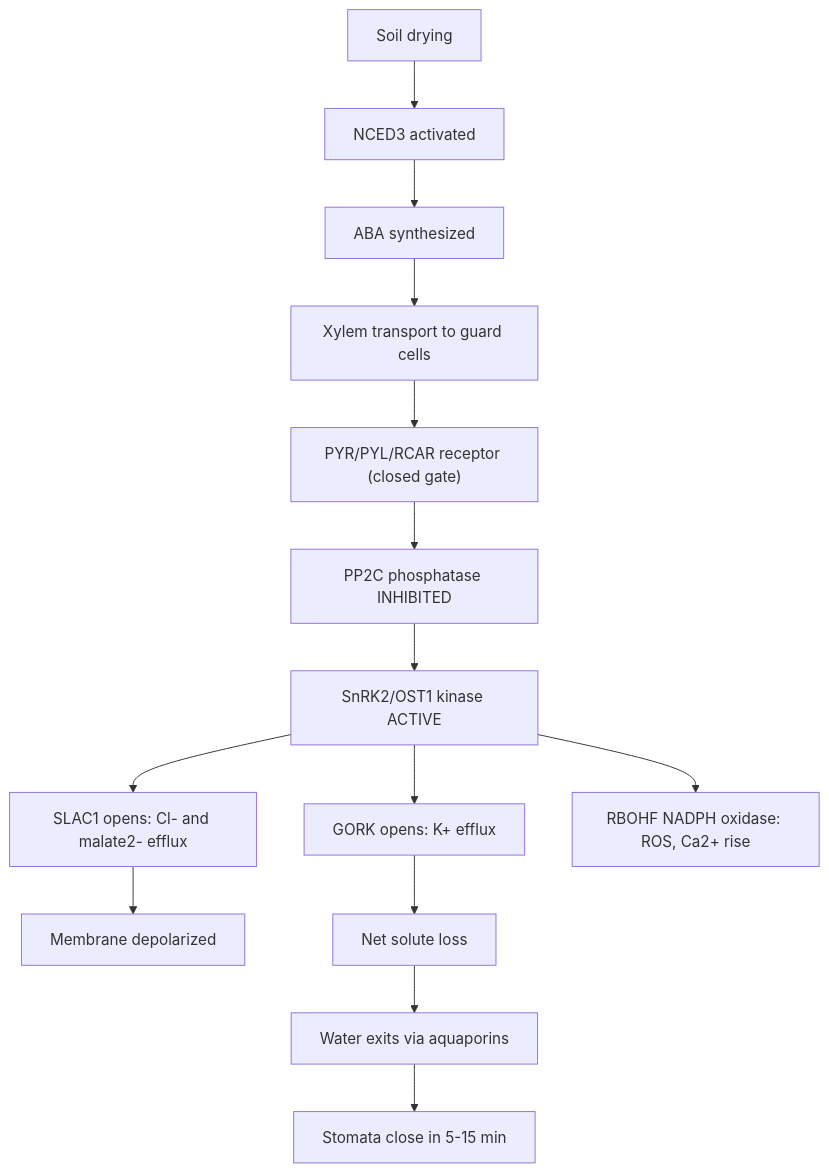
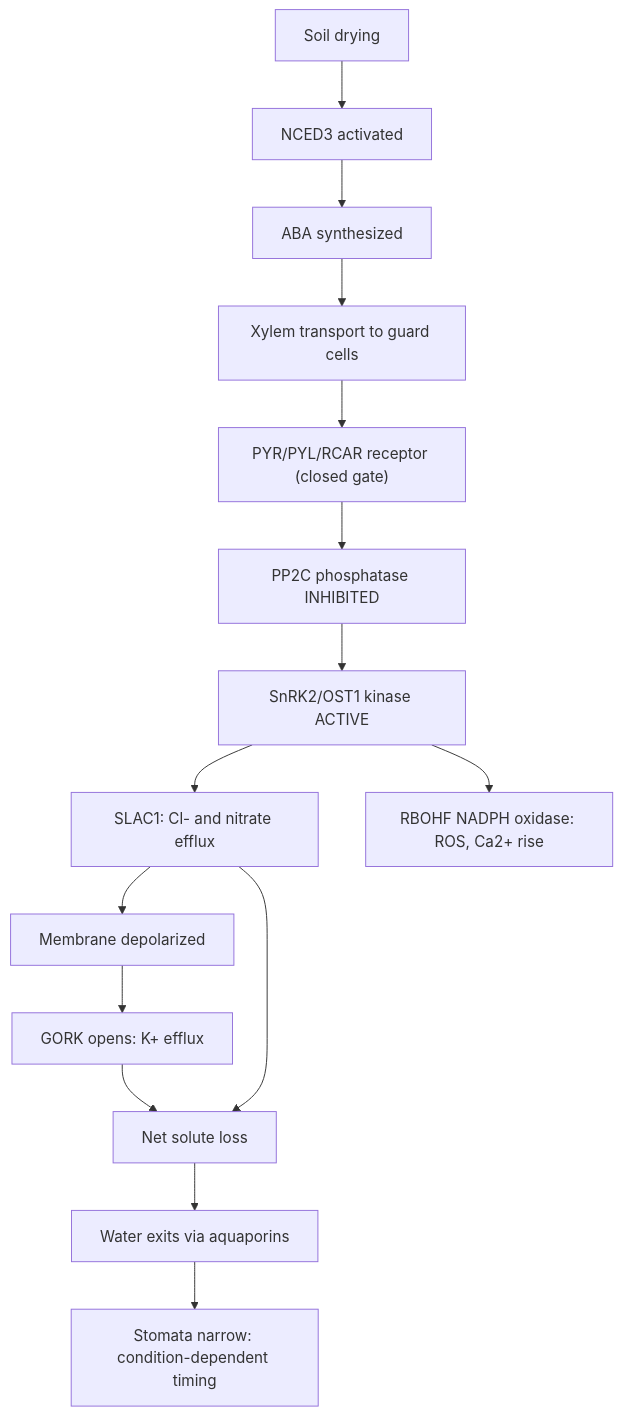
Before and after one commit to docxology/biology_textbook: the fifth of 6 diagrams in docs/manuscript/unit_VIII/plant_structure_and_water.md, drawn with Mermaid. The commit also changed other lines of this file and 444 other files, not shown here.

````diff
--- a/docs/manuscript/unit_VIII/plant_structure_and_water.md
+++ b/docs/manuscript/unit_VIII/plant_structure_and_water.md
@@ -570,16 +576,17 @@
 ```mermaid
 flowchart TD
     Drought[Soil drying] --> NCED[NCED3 activated]
     NCED --> ABA[ABA synthesized]
     ABA --> Xylem[Xylem transport to guard cells]
     Xylem --> PYR["PYR/PYL/RCAR receptor (closed gate)"]
     PYR --> PP2C[PP2C phosphatase INHIBITED]
     PP2C --> SnRK2[SnRK2/OST1 kinase ACTIVE]
-    SnRK2 --> SLAC[SLAC1 opens: Cl- and malate2- efflux]
-    SnRK2 --> GORK[GORK opens: K+ efflux]
+    SnRK2 --> SLAC[SLAC1: Cl- and nitrate efflux]
+    Depol --> GORK[GORK opens: K+ efflux]
     SnRK2 --> RBOH[RBOHF NADPH oxidase: ROS, Ca2+ rise]
     SLAC --> Depol[Membrane depolarized]
     GORK --> Loss[Net solute loss]
+    SLAC --> Loss
     Loss --> Water[Water exits via aquaporins]
-    Water --> Close[Stomata close in 5-15 min]
+    Water --> Close[Stomata narrow: condition-dependent timing]
 ```
````
